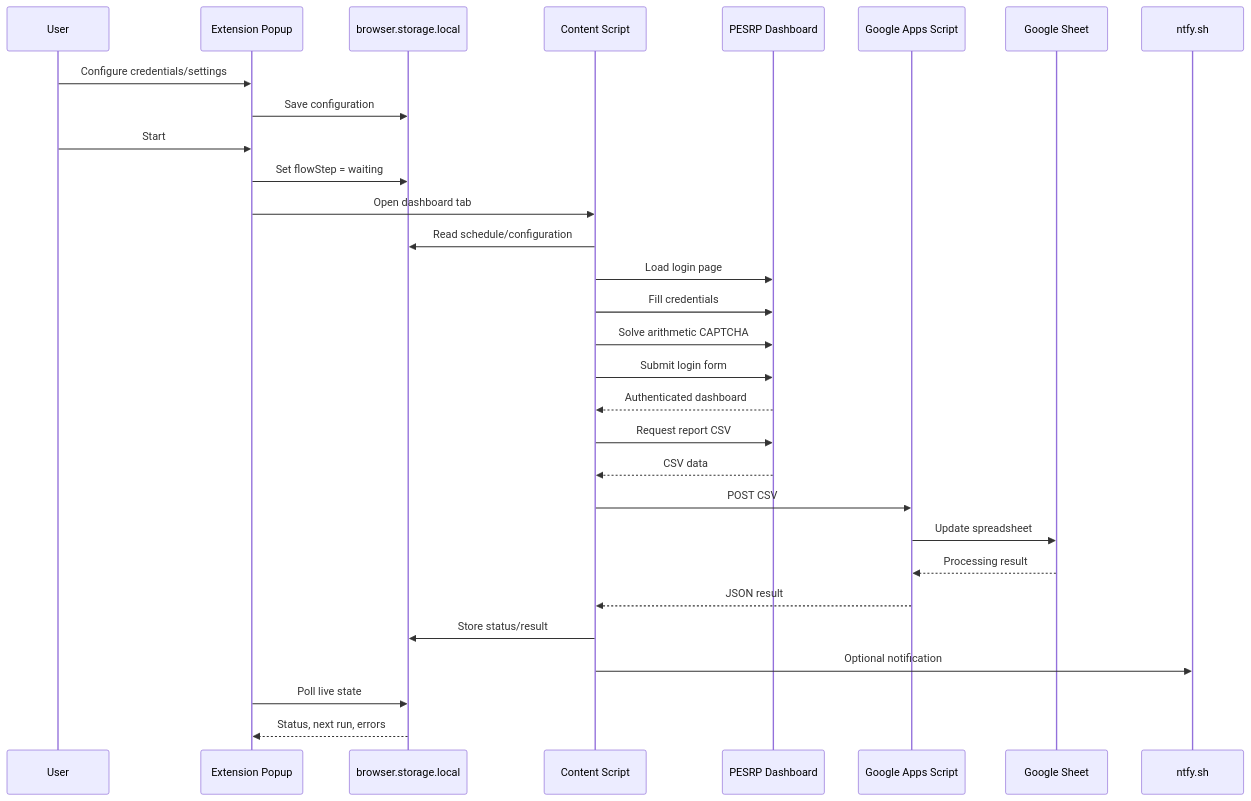
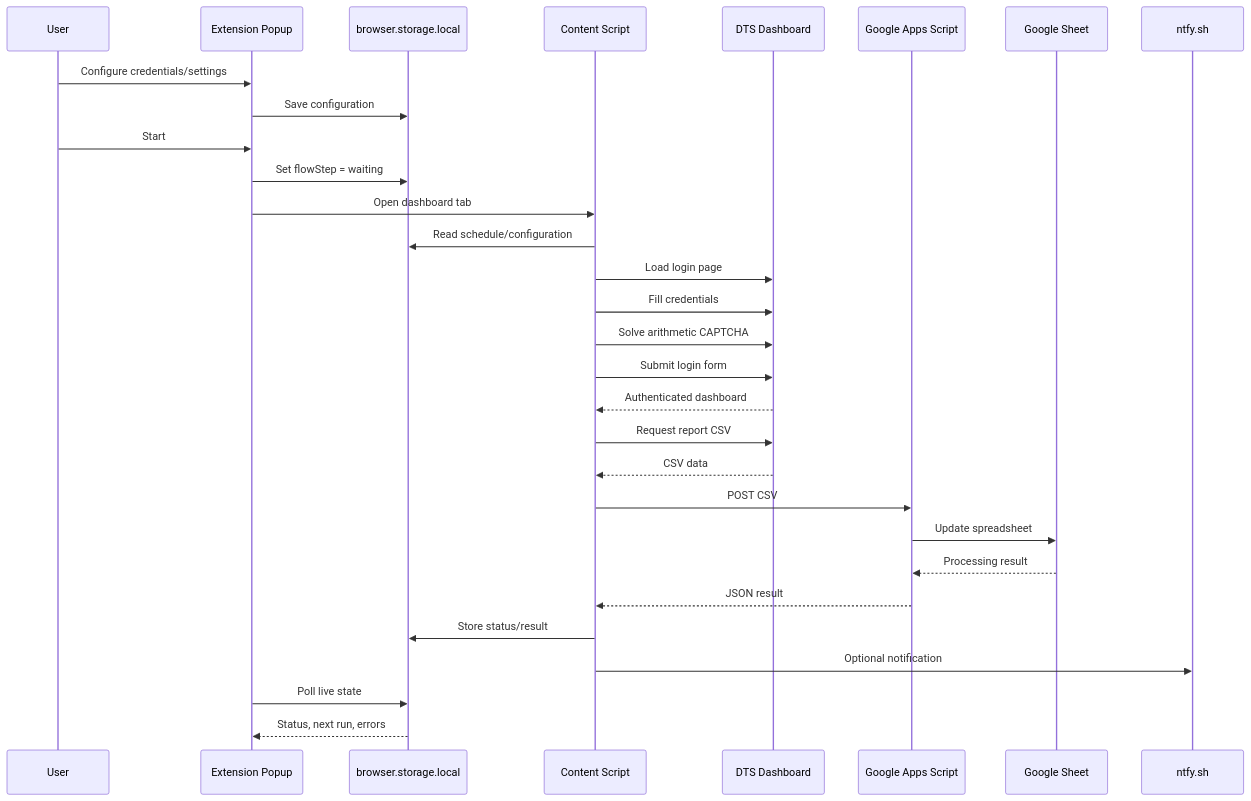
Before and after one commit to sheerazautomate/dtsextension: the second of 3 diagrams in README.md, drawn with Mermaid. The commit also changed other lines of this file and 4 other files, not shown here.

Commit message:
changed the name to DTS from PESRP

````diff
--- a/README.md
+++ b/README.md
@@ -96,33 +96,33 @@
 ```mermaid
 sequenceDiagram
     participant U as User
     participant P as Extension Popup
     participant S as browser.storage.local
     participant C as Content Script
-    participant D as PESRP Dashboard
+    participant D as DTS Dashboard
     participant G as Google Apps Script
     participant H as Google Sheet
     participant N as ntfy.sh
 
     U->>P: Configure credentials/settings
     P->>S: Save configuration
     U->>P: Start
     P->>S: Set flowStep = waiting
     P->>C: Open dashboard tab
     C->>S: Read schedule/configuration
     C->>D: Load login page
     C->>D: Fill credentials
     C->>D: Solve arithmetic CAPTCHA
     C->>D: Submit login form
     D-->>C: Authenticated dashboard
     C->>D: Request report CSV
     D-->>C: CSV data
     C->>G: POST CSV
     G->>H: Update spreadsheet
     H-->>G: Processing result
     G-->>C: JSON result
     C->>S: Store status/result
     C->>N: Optional notification
     P->>S: Poll live state
     S-->>P: Status, next run, errors
 ```
````
